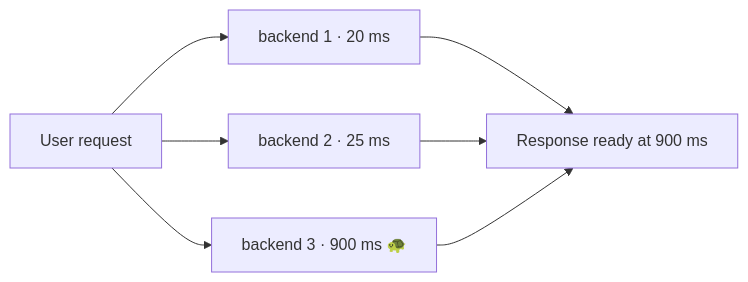
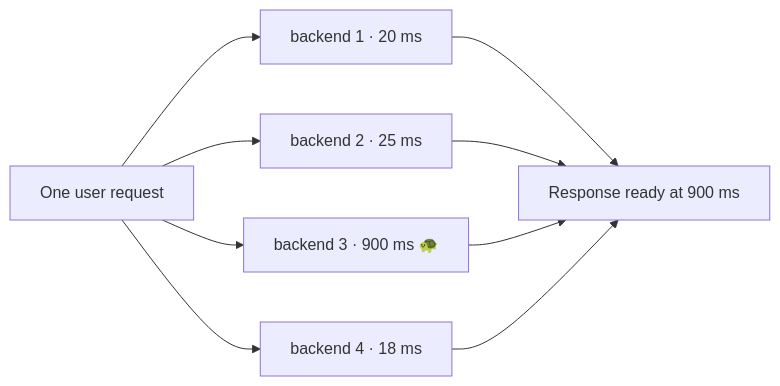
The seventh of 9 diagrams in docs/chapters/part-1/01-reliable-scalable-maintainable.mdx (pratikguru998/ddia-book), drawn with Mermaid before and after one commit. The commit also changed other lines of this file and 13 other files, not shown here.

Commit message:
Expand all 12 chapters: every book subsection, deeper notes, ~320 diagrams

````diff
--- a/docs/chapters/part-1/01-reliable-scalable-maintainable.mdx
+++ b/docs/chapters/part-1/01-reliable-scalable-maintainable.mdx
@@ -119,7 +310,8 @@
 ```mermaid
 flowchart LR
-  U["User request"] --> B1["backend 1 · 20 ms"]
+  U["One user request"] --> B1["backend 1 · 20 ms"]
   U --> B2["backend 2 · 25 ms"]
   U --> B3["backend 3 · 900 ms 🐢"]
-  B1 & B2 & B3 --> R["Response ready at 900 ms"]
+  U --> B4["backend 4 · 18 ms"]
+  B1 & B2 & B3 & B4 --> R["Response ready at 900 ms"]
 ```
````
